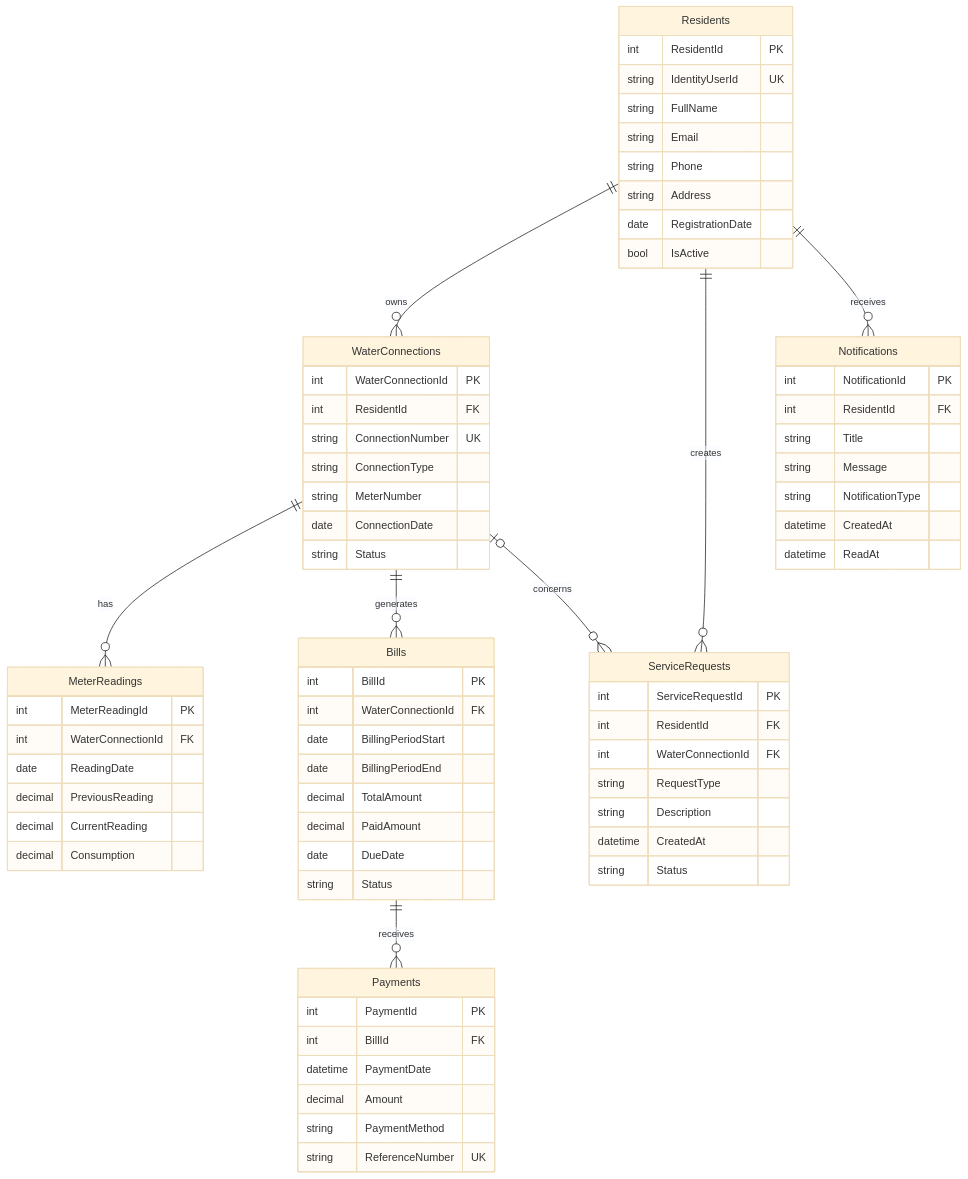
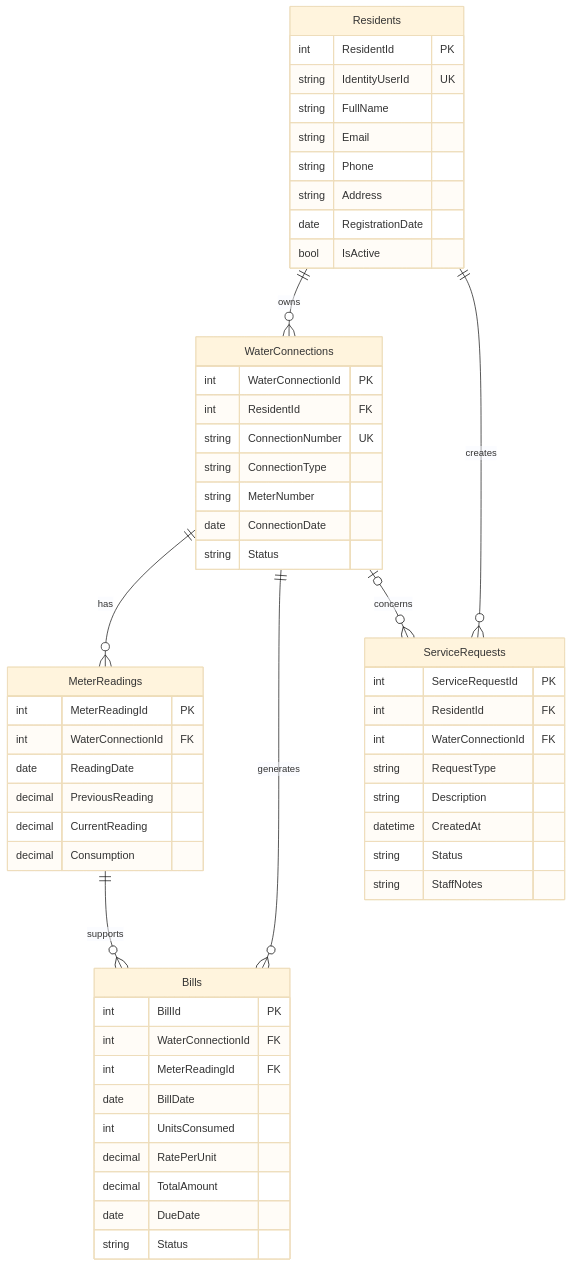
The diagram in Database/ERDiagram/water-supply-er-diagram.mmd (ZeuS0nTopXD/water-supply-management-system), drawn with Mermaid (base theme) before and after one commit. The commit also changed 74 other files, not shown here.

```diff
--- a/Database/ERDiagram/water-supply-er-diagram.mmd
+++ b/Database/ERDiagram/water-supply-er-diagram.mmd
@@ -1,72 +1,56 @@
 erDiagram
     Residents ||--o{ WaterConnections : owns
     WaterConnections ||--o{ MeterReadings : has
     WaterConnections ||--o{ Bills : generates
-    Bills ||--o{ Payments : receives
+    MeterReadings ||--o{ Bills : supports
     Residents ||--o{ ServiceRequests : creates
     WaterConnections o|--o{ ServiceRequests : concerns
-    Residents ||--o{ Notifications : receives
 
     Residents {
         int ResidentId PK
         string IdentityUserId UK
         string FullName
         string Email
         string Phone
         string Address
         date RegistrationDate
         bool IsActive
     }
     WaterConnections {
         int WaterConnectionId PK
         int ResidentId FK
         string ConnectionNumber UK
         string ConnectionType
         string MeterNumber
         date ConnectionDate
         string Status
     }
     MeterReadings {
         int MeterReadingId PK
         int WaterConnectionId FK
         date ReadingDate
         decimal PreviousReading
         decimal CurrentReading
         decimal Consumption
     }
     Bills {
         int BillId PK
         int WaterConnectionId FK
-        date BillingPeriodStart
-        date BillingPeriodEnd
+        int MeterReadingId FK
+        date BillDate
+        int UnitsConsumed
+        decimal RatePerUnit
         decimal TotalAmount
-        decimal PaidAmount
         date DueDate
         string Status
-    }
-    Payments {
-        int PaymentId PK
-        int BillId FK
-        datetime PaymentDate
-        decimal Amount
-        string PaymentMethod
-        string ReferenceNumber UK
     }
     ServiceRequests {
         int ServiceRequestId PK
         int ResidentId FK
         int WaterConnectionId FK
         string RequestType
         string Description
         datetime CreatedAt
         string Status
+        string StaffNotes
     }
-    Notifications {
-        int NotificationId PK
-        int ResidentId FK
-        string Title
-        string Message
-        string NotificationType
-        datetime CreatedAt
-        datetime ReadAt
-    }
```
